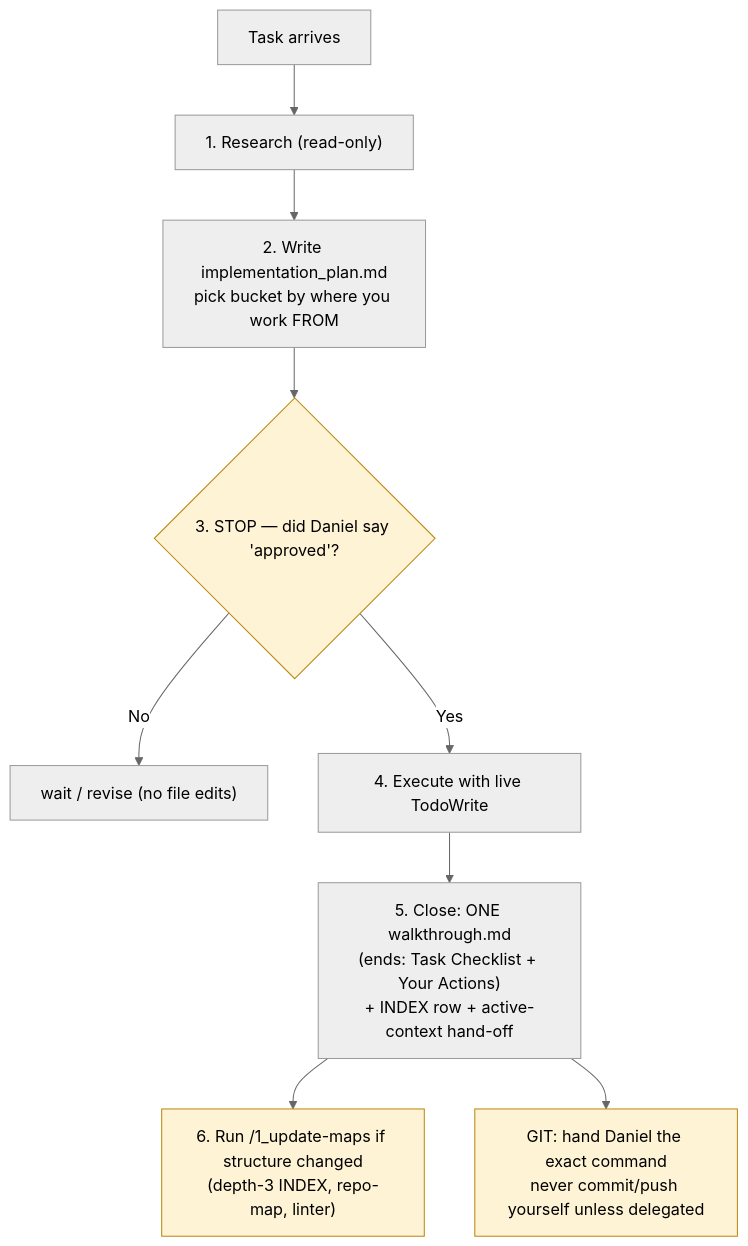
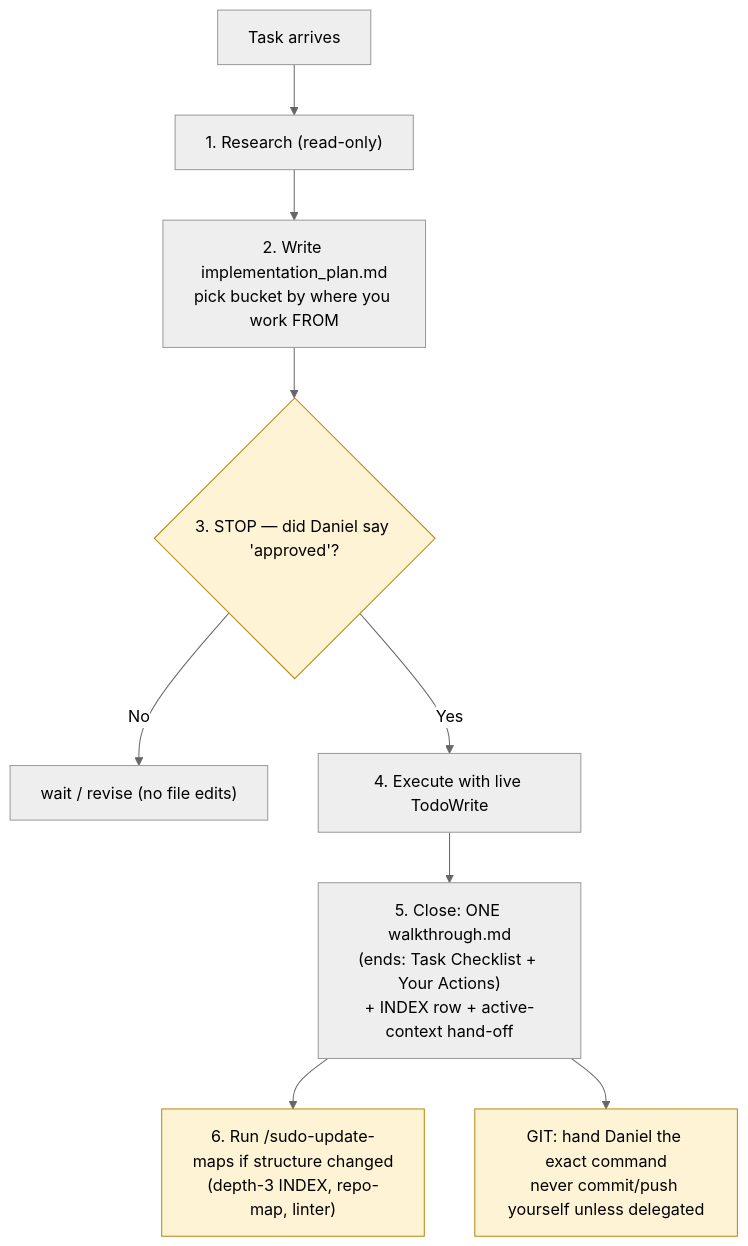
The third of 6 diagrams in _my_resources/diagrams_guides/system/file_folder_structure+maintaining.md (sudomadhatter/Sudo_Hatter_Command), drawn with Mermaid (neutral theme) before and after one commit. The commit also changed other lines of this file and 51 other files, not shown here.

````diff
--- a/_my_resources/diagrams_guides/system/file_folder_structure+maintaining.md
+++ b/_my_resources/diagrams_guides/system/file_folder_structure+maintaining.md
@@ -120,14 +120,14 @@
 ```mermaid
 flowchart TD
     REQ["Task arrives"] --> RES["1. Research (read-only)"]
     RES --> PW["2. Write implementation_plan.md\npick bucket by where you work FROM"]
     PW --> GATE{"3. STOP — did Daniel say 'approved'?"}
     GATE -- "No" --> WAIT["wait / revise (no file edits)"]
     GATE -- "Yes" --> EX["4. Execute with live TodoWrite"]
     EX --> CL["5. Close: ONE walkthrough.md\n(ends: Task Checklist + Your Actions)\n+ INDEX row + active-context hand-off"]
-    CL --> MAPS["6. Run /1_update-maps if structure changed\n(depth-3 INDEX, repo-map, linter)"]
+    CL --> MAPS["6. Run /sudo-update-maps if structure changed\n(depth-3 INDEX, repo-map, linter)"]
     CL --> GIT["GIT: hand Daniel the exact command\nnever commit/push yourself unless delegated"]
 
     classDef gate fill:#fff3d6,stroke:#b8860b,color:#000
     class GATE,GIT,MAPS gate
 ```
````
